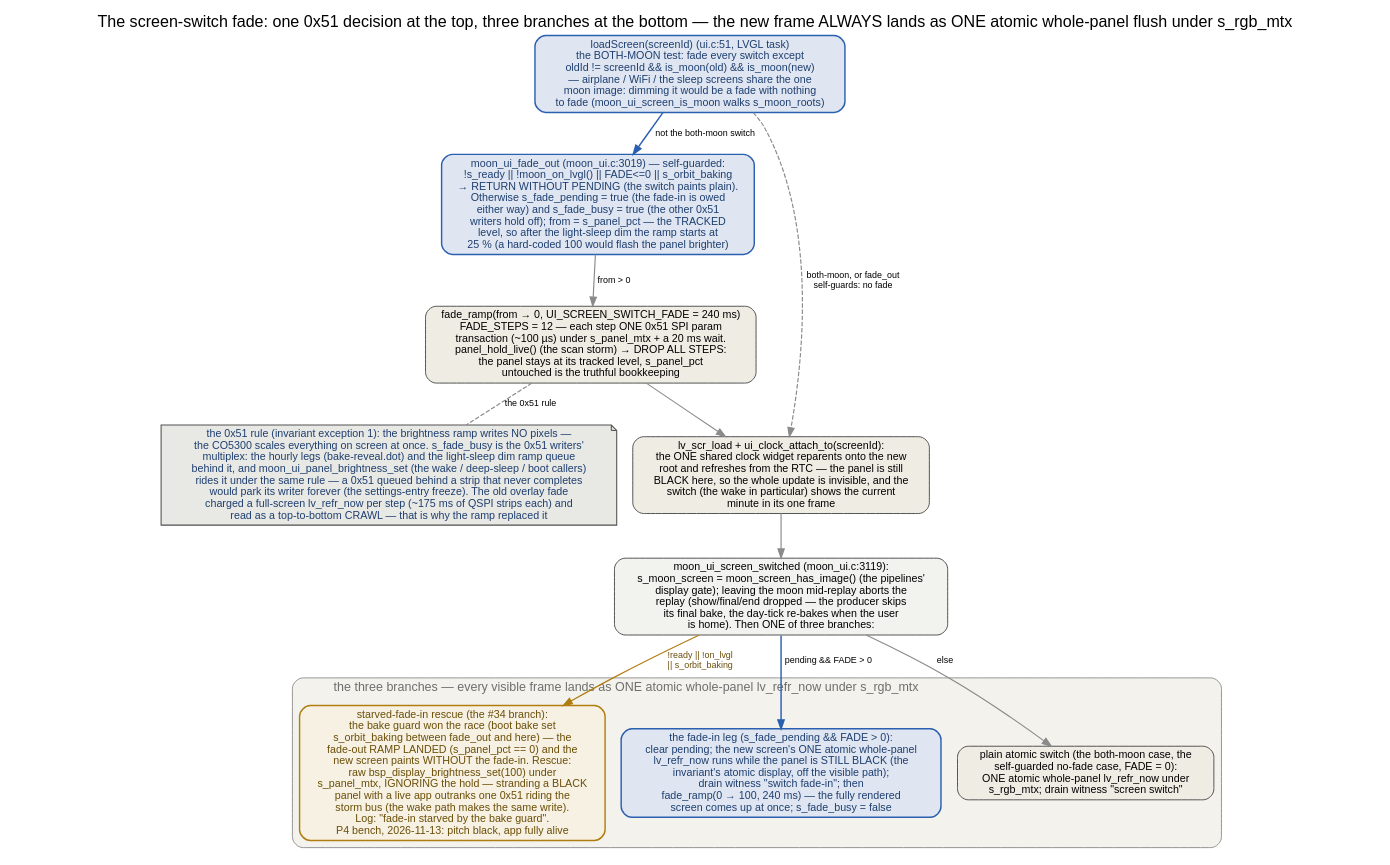
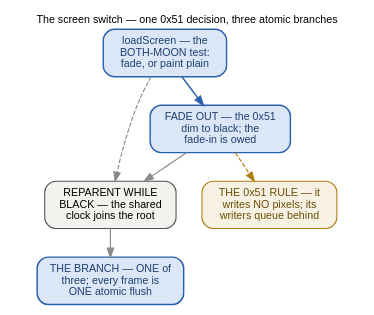
The diagram in docs/_graphs/screen-switch.dot (ukos-git/moon-clock-esp), drawn with Graphviz before and after one commit. The commit also changed 104 other files, not shown here.

```diff
--- a/docs/_graphs/screen-switch.dot
+++ b/docs/_graphs/screen-switch.dot
@@ -1,67 +1,47 @@
-// The screen-switch fade machine: loadScreen's both-moon decision, the
-// 0x51 fade-out, and the three branches of moon_ui_screen_switched
-// (starved-fade-in rescue / fade-in leg / plain atomic). Every edge
-// verified in components/ui/ui.c (loadScreen :51 — the both-moon test
-// and ui_clock_attach_to while black) and components/ui/moon_ui.c
-// (moon_ui_screen_is_moon :3078, moon_ui_fade_out :3019, fade_ramp
-// :2946, moon_ui_screen_switched :3119 — the #34 rescue branch, the
-// while-black atomic flush, the drain witnesses). The hourly refresh
-// rides the SAME fade_ramp on its own pair of legs — that flow is
-// docs/_graphs/bake-reveal.dot; the light-sleep dim is the same ramp
-// to a floor (docs/_graphs/sleep-entry.dot).
+// The screen-switch fade machine as a black box: loadScreen's
+// both-moon decision at the top, the 0x51 fade-out, the while-black
+// reparent, and the one branch that lands the frame. The numbers and
+// the branch internals are in the detail sketches:
+//   screen-switch-fade.dot      the self-guards, the owed fade-in, the
+//                               12-step ramp, the storm drop rule
+//   screen-switch-branches.dot  the three branches of
+//                               moon_ui_screen_switched
+// Every edge verified in components/ui/ui.c (loadScreen :51 — the
+// both-moon test and ui_clock_attach_to while black) and
+// components/ui/moon_ui.c (moon_ui_screen_is_moon :3078,
+// moon_ui_fade_out :3019, fade_ramp :2946, moon_ui_screen_switched
+// :3119 — the #34 rescue branch, the while-black atomic flush, the
+// drain witnesses). The hourly refresh rides the SAME fade_ramp on
+// its own pair of legs — that flow is docs/_graphs/bake-reveal.dot;
+// the light-sleep dim is the same ramp to a floor
+// (docs/_graphs/sleep-entry.dot).
+// FONTS: 12 pt = the page's 16 px body text at 1:1 — kept inside the
+// content column.
 // Rendered inline as SVG by sphinx.ext.graphviz (dot on PATH).
 digraph screen_switch {
-    label="The screen-switch fade: one 0x51 decision at the top, three branches at the bottom — the new frame ALWAYS lands as ONE atomic whole-panel flush under s_rgb_mtx";
-    labelloc="t";
-    fontname="Helvetica"; fontsize=18;
-    node [fontname="Helvetica", fontsize=12, style="rounded,filled",
-          shape=box, width=1.9, height=0.5,
-          fillcolor="#f2f2ef", color="#525252", penwidth=1.1];
-    edge [fontname="Helvetica", fontsize=10, color="#8a8a8a", penwidth=1.3];
+    rankdir=TB;
+    label="The screen switch — one 0x51 decision, three atomic branches";
+    labelloc="t"; labeljust="c";
+    fontname="Helvetica"; fontsize=12;
+    graph [nodesep=0.4, ranksep=0.45];
+    node [fontname="Helvetica", fontsize=12, shape=box, style="rounded,filled",
+          width=0, height=0, margin="0.16,0.10", fillcolor="#f2f2ef",
+          color="#525252", penwidth=1.2];
+    edge [fontname="Helvetica", fontsize=12, color="#8a8a8a", penwidth=1.3];
 
-    load [label="loadScreen(screenId) (ui.c:51, LVGL task)\nthe BOTH-MOON test: fade every switch except\noldId != screenId && is_moon(old) && is_moon(new)\n— airplane / WiFi / the sleep screens share the one\nmoon image: dimming it would be a fade with nothing\nto fade (moon_ui_screen_is_moon walks s_moon_roots)",
-          fillcolor="#dfe6f1", color="#2b5fb0", fontcolor="#1e3f70", penwidth=1.6];
+    dec [label="loadScreen — the\nBOTH-MOON test:\nfade, or paint plain",
+         fillcolor="#dbe7f6", color="#2b5fb0", fontcolor="#1e3f70", penwidth=1.6];
+    fade [label="FADE OUT — the 0x51\ndim to black; the\nfade-in is owed",
+          fillcolor="#dbe7f6", color="#2b5fb0", fontcolor="#1e3f70", penwidth=1.6];
+    rep [label="REPARENT WHILE\nBLACK — the shared\nclock joins the root"];
+    branch [label="THE BRANCH — ONE of\nthree; every frame is\nONE atomic flush",
+            fillcolor="#dbe7f6", color="#2b5fb0", fontcolor="#1e3f70", penwidth=1.6];
+    rulebox [label="THE 0x51 RULE — it\nwrites NO pixels; its\nwriters queue behind",
+             fillcolor="#f6f1e2", color="#b07d10", fontcolor="#6b4e08"];
 
-    fadeout [label="moon_ui_fade_out (moon_ui.c:3019) — self-guarded:\n!s_ready || !moon_on_lvgl() || FADE<=0 || s_orbit_baking\n→ RETURN WITHOUT PENDING (the switch paints plain).\nOtherwise s_fade_pending = true (the fade-in is owed\neither way) and s_fade_busy = true (the other 0x51\nwriters hold off); from = s_panel_pct — the TRACKED\nlevel, so after the light-sleep dim the ramp starts at\n25 % (a hard-coded 100 would flash the panel brighter)",
-             fillcolor="#dfe6f1", color="#2b5fb0", fontcolor="#1e3f70", penwidth=1.6];
-
-    ramp [label="fade_ramp(from → 0, UI_SCREEN_SWITCH_FADE = 240 ms)\nFADE_STEPS = 12 — each step ONE 0x51 SPI param\ntransaction (~100 µs) under s_panel_mtx + a 20 ms wait.\npanel_hold_live() (the scan storm) → DROP ALL STEPS:\nthe panel stays at its tracked level, s_panel_pct\nuntouched is the truthful bookkeeping",
-            fillcolor="#efece4"];
-
-    reparent [label="lv_scr_load + ui_clock_attach_to(screenId):\nthe ONE shared clock widget reparents onto the new\nroot and refreshes from the RTC — the panel is still\nBLACK here, so the whole update is invisible, and the\nswitch (the wake in particular) shows the current\nminute in its one frame",
-               fillcolor="#efece4"];
-
-    switched [label="moon_ui_screen_switched (moon_ui.c:3119):\ns_moon_screen = moon_screen_has_image() (the pipelines'\ndisplay gate); leaving the moon mid-replay aborts the\nreplay (show/final/end dropped — the producer skips\nits final bake, the day-tick re-bakes when the user\nis home). Then ONE of three branches:"];
-
-    subgraph cluster_branches {
-        label="the three branches — every visible frame lands as ONE atomic whole-panel lv_refr_now under s_rgb_mtx";
-        labeljust="l";
-        style="rounded,filled";
-        fillcolor="#f4f2ec";
-        color="#8a8a8a";
-        fontsize=14; fontcolor="#6e6e6e";
-
-        starved [label="starved-fade-in rescue (the #34 branch):\nthe bake guard won the race (boot bake set\ns_orbit_baking between fade_out and here) — the\nfade-out RAMP LANDED (s_panel_pct == 0) and the\nnew screen paints WITHOUT the fade-in. Rescue:\nraw bsp_display_brightness_set(100) under\ns_panel_mtx, IGNORING the hold — stranding a BLACK\npanel with a live app outranks one 0x51 riding the\nstorm bus (the wake path makes the same write).\nLog: \"fade-in starved by the bake guard\".\nP4 bench, 2026-11-13: pitch black, app fully alive",
-                   fillcolor="#f6f1e2", color="#b07d10", fontcolor="#6b4e08", penwidth=1.6];
-
-        fadein [label="the fade-in leg (s_fade_pending && FADE > 0):\nclear pending; the new screen's ONE atomic whole-panel\nlv_refr_now runs while the panel is STILL BLACK (the\ninvariant's atomic display, off the visible path);\ndrain witness \"switch fade-in\"; then\nfade_ramp(0 → 100, 240 ms) — the fully rendered\nscreen comes up at once; s_fade_busy = false",
-                 fillcolor="#dfe6f1", color="#2b5fb0", fontcolor="#1e3f70", penwidth=1.6];
-
-        plain [label="plain atomic switch (the both-moon case, the\nself-guarded no-fade case, FADE = 0):\nONE atomic whole-panel lv_refr_now under\ns_rgb_mtx; drain witness \"screen switch\"",
-                fillcolor="#efece4"];
-    }
-
-    rule [label="the 0x51 rule (invariant exception 1): the brightness ramp writes NO pixels —\nthe CO5300 scales everything on screen at once. s_fade_busy is the 0x51 writers'\nmultiplex: the hourly legs (bake-reveal.dot) and the light-sleep dim ramp queue\nbehind it, and moon_ui_panel_brightness_set (the wake / deep-sleep / boot callers)\nrides it under the same rule — a 0x51 queued behind a strip that never completes\nwould park its writer forever (the settings-entry freeze). The old overlay fade\ncharged a full-screen lv_refr_now per step (~175 ms of QSPI strips each) and\nread as a top-to-bottom CRAWL — that is why the ramp replaced it",
-            shape=note, fillcolor="#e8e8e4", color="#525252", penwidth=1.2,
-            fontcolor="#1e3f70"];
-
-    load -> fadeout [color="#2b5fb0", penwidth=1.6, label="not the both-moon switch"];
-    load -> reparent [style=dashed, label="both-moon, or fade_out\nself-guards: no fade"];
-    fadeout -> ramp [label="from > 0"];
-    ramp -> reparent;
-    reparent -> switched;
-    switched -> starved [color="#b07d10", fontcolor="#6b4e08", label="!ready || !on_lvgl\n|| s_orbit_baking"];
-    switched -> fadein [color="#2b5fb0", penwidth=1.6, label="pending && FADE > 0"];
-    switched -> plain [label="else"];
-    ramp -> rule [style=dashed, arrowhead=none, label="the 0x51 rule"];
+    dec -> fade [color="#2b5fb0", penwidth=1.6];
+    dec -> rep [style=dashed];
+    fade -> rep;
+    rep -> branch;
+    fade -> rulebox [style=dashed, color="#b07d10"];
 }
```
